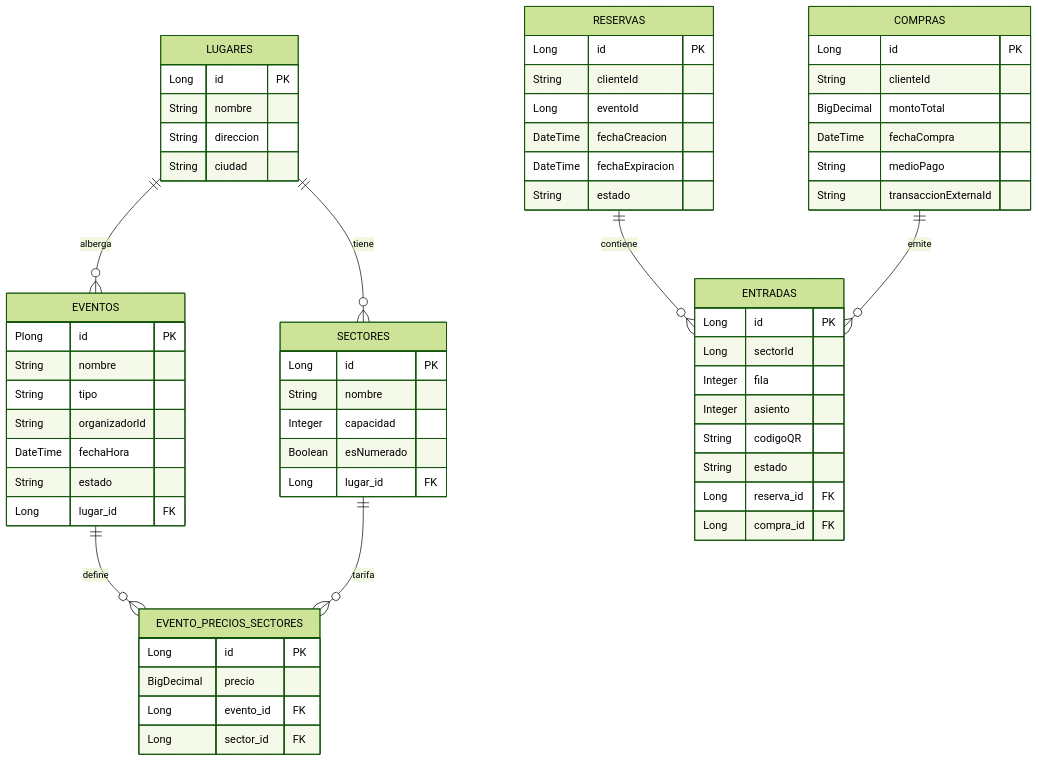
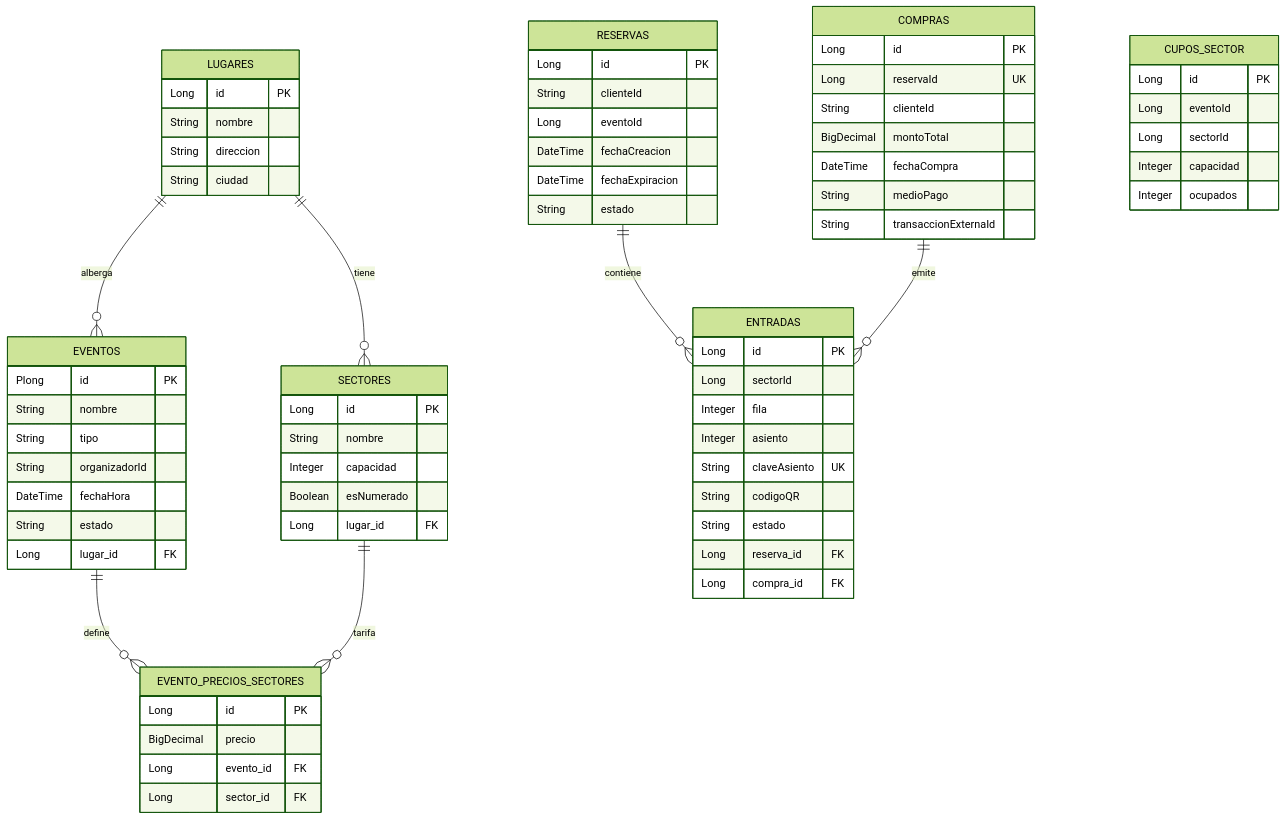
The third of 3 diagrams in docs/arquitectura.md (BrandonPenna/GrupoArqui), drawn with Mermaid (forest theme) before and after one commit. The commit also changed other lines of this file and 13 other files, not shown here.

````diff
--- a/docs/arquitectura.md
+++ b/docs/arquitectura.md
@@ -78,71 +78,81 @@
 ```mermaid
 erDiagram
     LUGARES ||--o{ SECTORES : tiene
     LUGARES ||--o{ EVENTOS : alberga
     EVENTOS ||--o{ EVENTO_PRECIOS_SECTORES : define
     SECTORES ||--o{ EVENTO_PRECIOS_SECTORES : tarifa
 
     LUGARES {
         Long id PK
         String nombre
         String direccion
         String ciudad
     }
 
     SECTORES {
         Long id PK
         String nombre
         Integer capacidad
         Boolean esNumerado
         Long lugar_id FK
     }
 
     EVENTOS {
         Plong id PK
         String nombre
         String tipo
         String organizadorId
         DateTime fechaHora
         String estado
         Long lugar_id FK
     }
 
     EVENTO_PRECIOS_SECTORES {
         Long id PK
         BigDecimal precio
         Long evento_id FK
         Long sector_id FK
     }
 
     RESERVAS ||--o{ ENTRADAS : contiene
     COMPRAS ||--o{ ENTRADAS : emite
 
     RESERVAS {
         Long id PK
         String clienteId
         Long eventoId
         DateTime fechaCreacion
         DateTime fechaExpiracion
         String estado
     }
 
     ENTRADAS {
         Long id PK
         Long sectorId
         Integer fila
         Integer asiento
+        String claveAsiento UK
         String codigoQR
         String estado
         Long reserva_id FK
         Long compra_id FK
     }
 
     COMPRAS {
         Long id PK
+        Long reservaId UK
         String clienteId
         BigDecimal montoTotal
         DateTime fechaCompra
         String medioPago
         String transaccionExternaId
     }
+
+    CUPOS_SECTOR {
+        Long id PK
+        Long eventoId
+        Long sectorId
+        Integer capacidad
+        Integer ocupados
+    }
 ```
````
